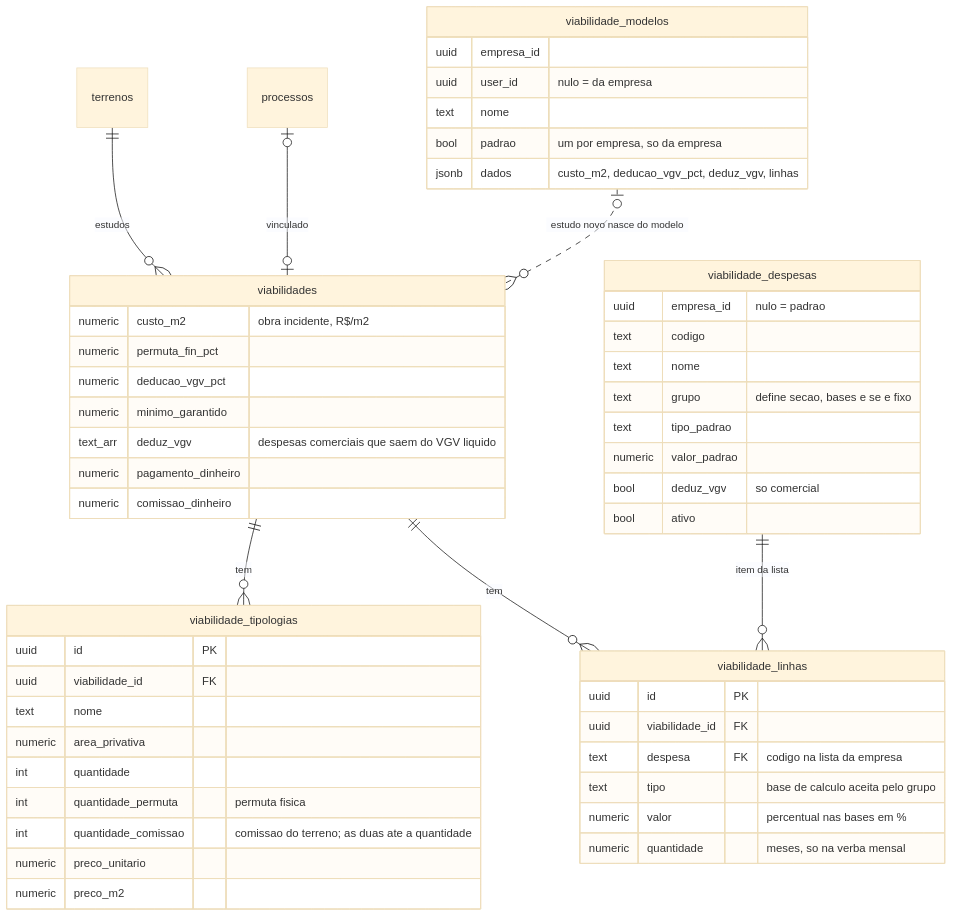
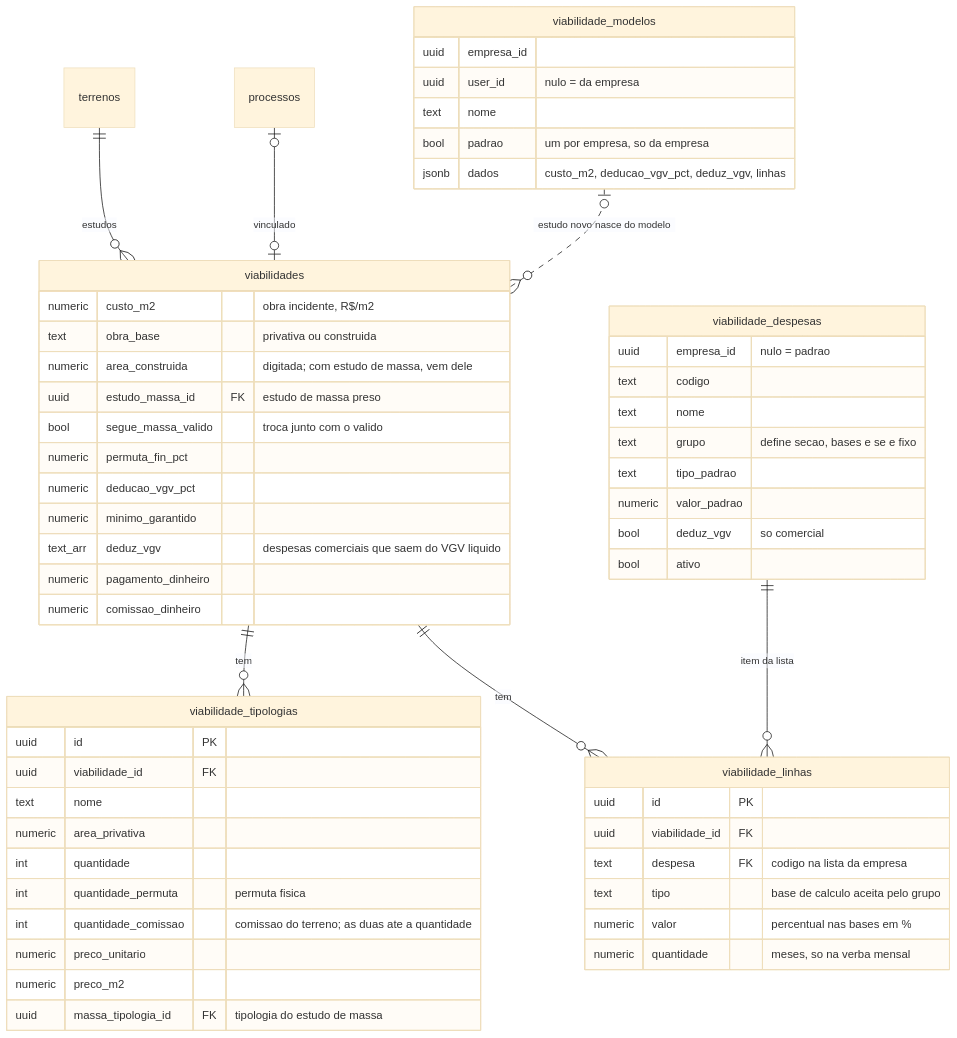
Before and after one commit to Mbekerman/bkm_terrenos-claude: diagram 18 of 20 in docs/modelo.md, drawn with Mermaid (base theme). The commit also changed other lines of this file and 3 other files, not shown here.

First line of the commit message:
Estudos de massa no banco: pedido ao arquiteto, ficha, válido, PDF e DWG, viabilidade presa ao estudo e obra pela área construída

````diff
--- a/docs/modelo.md
+++ b/docs/modelo.md
@@ -1262,54 +1262,59 @@
 ```mermaid
 erDiagram
   terrenos ||--o{ viabilidades : "estudos"
   processos |o--o| viabilidades : "vinculado"
   viabilidades ||--o{ viabilidade_tipologias : tem
   viabilidades ||--o{ viabilidade_linhas : tem
   viabilidade_despesas ||--o{ viabilidade_linhas : "item da lista"
   viabilidade_modelos |o..o{ viabilidades : "estudo novo nasce do modelo"
   viabilidade_modelos {
     uuid empresa_id
     uuid user_id "nulo = da empresa"
     text nome
     bool padrao "um por empresa, so da empresa"
     jsonb dados "custo_m2, deducao_vgv_pct, deduz_vgv, linhas"
   }
   viabilidades {
     numeric custo_m2 "obra incidente, R$/m2"
+    text obra_base "privativa ou construida"
+    numeric area_construida "digitada; com estudo de massa, vem dele"
+    uuid estudo_massa_id FK "estudo de massa preso"
+    bool segue_massa_valido "troca junto com o valido"
     numeric permuta_fin_pct
     numeric deducao_vgv_pct
     numeric minimo_garantido
     text_arr deduz_vgv "despesas comerciais que saem do VGV liquido"
     numeric pagamento_dinheiro
     numeric comissao_dinheiro
   }
   viabilidade_tipologias {
     uuid id PK
     uuid viabilidade_id FK
     text nome
     numeric area_privativa
     int quantidade
     int quantidade_permuta "permuta fisica"
     int quantidade_comissao "comissao do terreno; as duas ate a quantidade"
     numeric preco_unitario
     numeric preco_m2
+    uuid massa_tipologia_id FK "tipologia do estudo de massa"
   }
   viabilidade_linhas {
     uuid id PK
     uuid viabilidade_id FK
     text despesa FK "codigo na lista da empresa"
     text tipo "base de calculo aceita pelo grupo"
     numeric valor "percentual nas bases em %"
     numeric quantidade "meses, so na verba mensal"
   }
   viabilidade_despesas {
     uuid empresa_id "nulo = padrao"
     text codigo
     text nome
     text grupo "define secao, bases e se e fixo"
     text tipo_padrao
     numeric valor_padrao
     bool deduz_vgv "so comercial"
     bool ativo
   }
 ```
````
